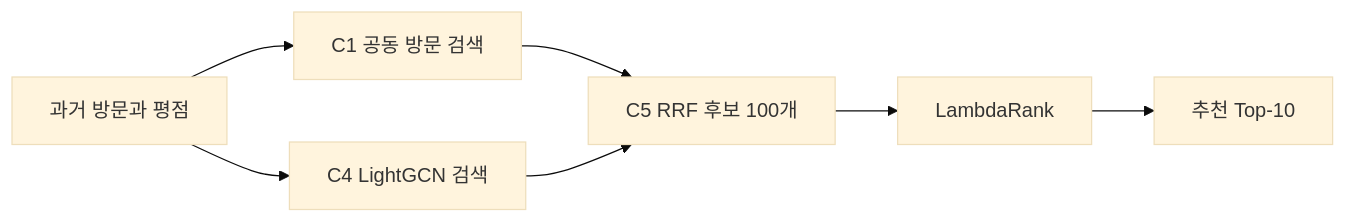
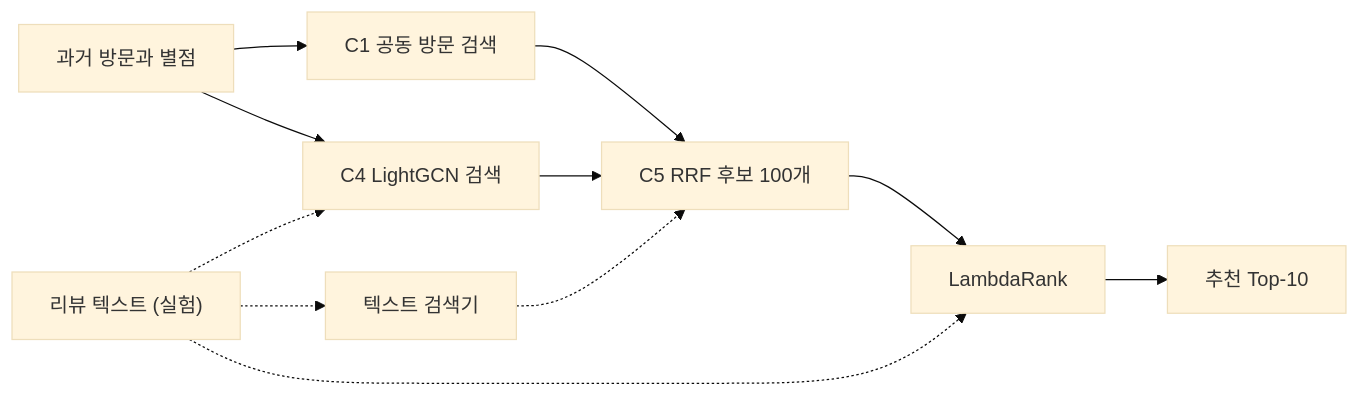
Before and after one commit to han942/ai-ds-projects: the diagram in projects/rating_recsys/README_KOR.md, drawn with Mermaid (base theme). The commit also changed other lines of this file and 30 other files, not shown here.

````diff
--- a/projects/rating_recsys/README_KOR.md
+++ b/projects/rating_recsys/README_KOR.md
@@ -27,9 +16,13 @@
 ```mermaid
 flowchart LR
-    A[과거 방문과 평점] --> B[C1 공동 방문 검색]
+    A[과거 방문과 별점] --> B[C1 공동 방문 검색]
     A --> C[C4 LightGCN 검색]
     B --> D[C5 RRF 후보 100개]
     C --> D
     D --> E[LambdaRank]
     E --> F[추천 Top-10]
+    R["리뷰 텍스트 (실험)"] -.-> T[텍스트 검색기]
+    T -.-> D
+    R -.-> C
+    R -.-> E
 ```
````
